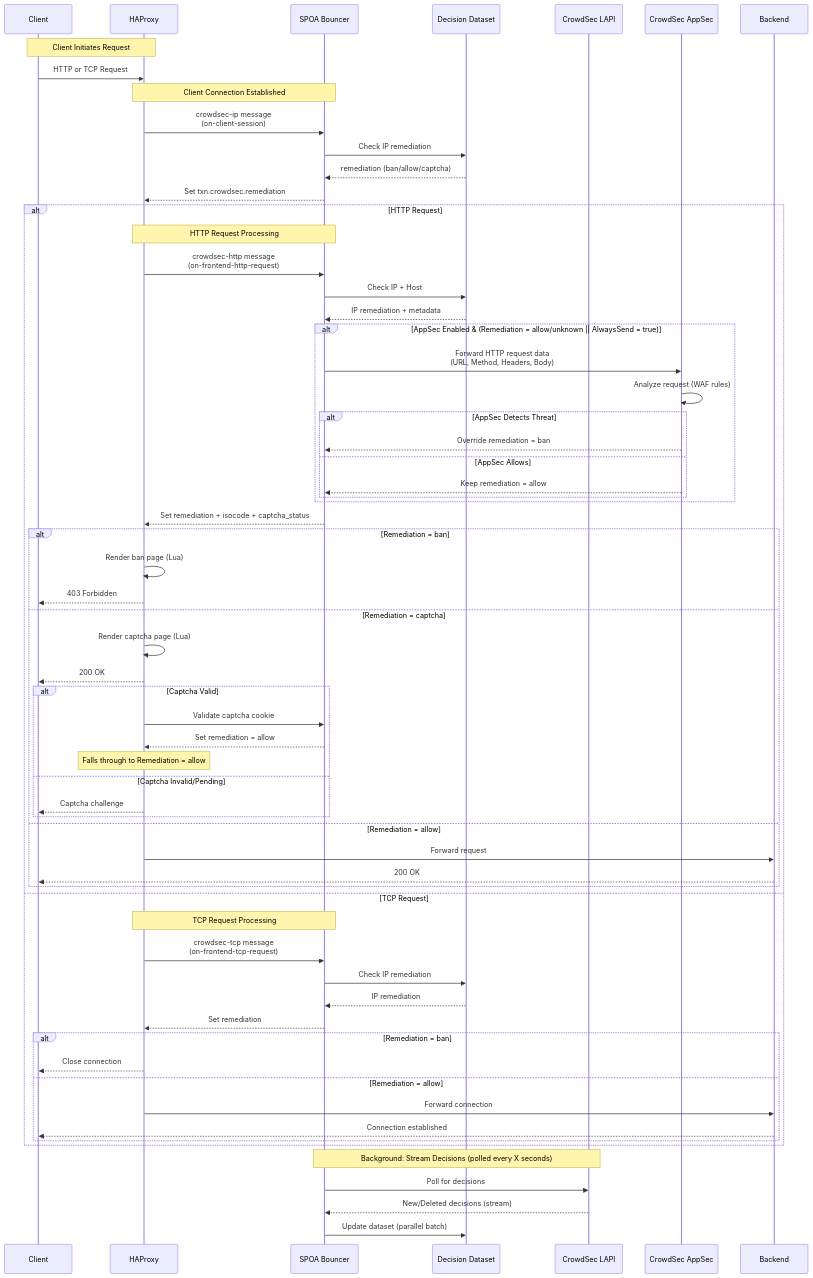
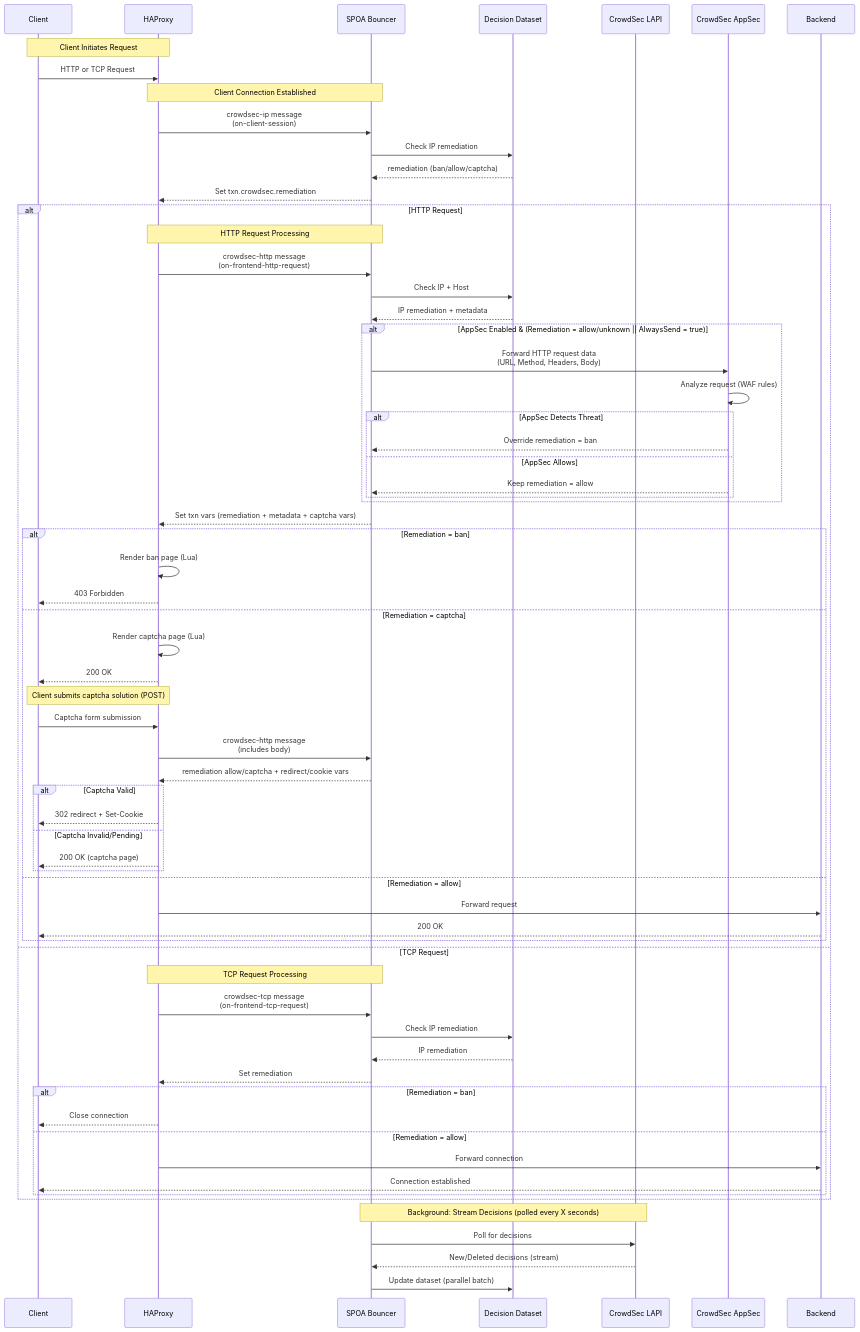
Before and after one commit to crowdsecurity/cs-haproxy-spoa-bouncer: the seventh of 7 diagrams in README.md, drawn with Mermaid. The commit also changed other lines of this file, not shown here.

Commit message:
docs: improve request flow diagrams

````diff
--- a/README.md
+++ b/README.md
@@ -142,74 +197,78 @@
 ```mermaid
 sequenceDiagram
     participant Client
     participant HAProxy
     participant SPOA as SPOA Bouncer
     participant Dataset as Decision Dataset
     participant CrowdSec as CrowdSec LAPI
     participant AppSec as CrowdSec AppSec
     participant Backend
 
     Note over Client,HAProxy: Client Initiates Request
     Client->>HAProxy: HTTP or TCP Request
     
     Note over HAProxy,SPOA: Client Connection Established
     HAProxy->>SPOA: crowdsec-ip message<br/>(on-client-session)
     SPOA->>Dataset: Check IP remediation
     Dataset-->>SPOA: remediation (ban/allow/captcha)
     SPOA-->>HAProxy: Set txn.crowdsec.remediation
     
     alt HTTP Request
         Note over HAProxy,SPOA: HTTP Request Processing
         HAProxy->>SPOA: crowdsec-http message<br/>(on-frontend-http-request)
         SPOA->>Dataset: Check IP + Host
         Dataset-->>SPOA: IP remediation + metadata
         
         alt AppSec Enabled & (Remediation = allow/unknown || AlwaysSend = true)
             SPOA->>AppSec: Forward HTTP request data<br/>(URL, Method, Headers, Body)
             AppSec->>AppSec: Analyze request (WAF rules)
             alt AppSec Detects Threat
                 AppSec-->>SPOA: Override remediation = ban
             else AppSec Allows
                 AppSec-->>SPOA: Keep remediation = allow
             end
         end
         
-        SPOA-->>HAProxy: Set remediation + isocode + captcha_status
+        SPOA-->>HAProxy: Set txn vars (remediation + metadata + captcha vars)
         
         alt Remediation = ban
             HAProxy->>HAProxy: Render ban page (Lua)
             HAProxy-->>Client: 403 Forbidden
         else Remediation = captcha
             HAProxy->>HAProxy: Render captcha page (Lua)
-            HAProxy-->>Client: 200 OK 
+            HAProxy-->>Client: 200 OK
+
+            Note over Client,HAProxy: Client submits captcha solution (POST)
+            Client->>HAProxy: Captcha form submission
+            HAProxy->>SPOA: crowdsec-http message<br/>(includes body)
+            SPOA-->>HAProxy: remediation allow/captcha + redirect/cookie vars
+
             alt Captcha Valid
-                HAProxy->>SPOA: Validate captcha cookie
-                SPOA-->>HAProxy: Set remediation = allow
-                Note over HAProxy: Falls through to Remediation = allow
+                HAProxy-->>Client: 302 redirect + Set-Cookie
             else Captcha Invalid/Pending
-                HAProxy-->>Client: Captcha challenge
+                HAProxy-->>Client: 200 OK (captcha page)
             end
         else Remediation = allow
             HAProxy->>Backend: Forward request
             Backend-->>Client: 200 OK
         end
     else TCP Request
         Note over HAProxy,SPOA: TCP Request Processing
         HAProxy->>SPOA: crowdsec-tcp message<br/>(on-frontend-tcp-request)
         SPOA->>Dataset: Check IP remediation
         Dataset-->>SPOA: IP remediation
         SPOA-->>HAProxy: Set remediation
         
         alt Remediation = ban
             HAProxy-->>Client: Close connection
         else Remediation = allow
             HAProxy->>Backend: Forward connection
             Backend-->>Client: Connection established
         end
     end
     
     Note over SPOA,CrowdSec: Background: Stream Decisions (polled every X seconds)
     SPOA->>CrowdSec: Poll for decisions
     CrowdSec-->>SPOA: New/Deleted decisions (stream)
     SPOA->>Dataset: Update dataset (parallel batch)
 ```
````
